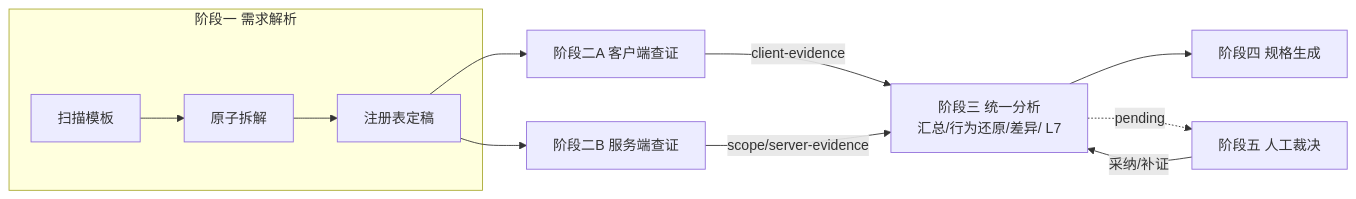
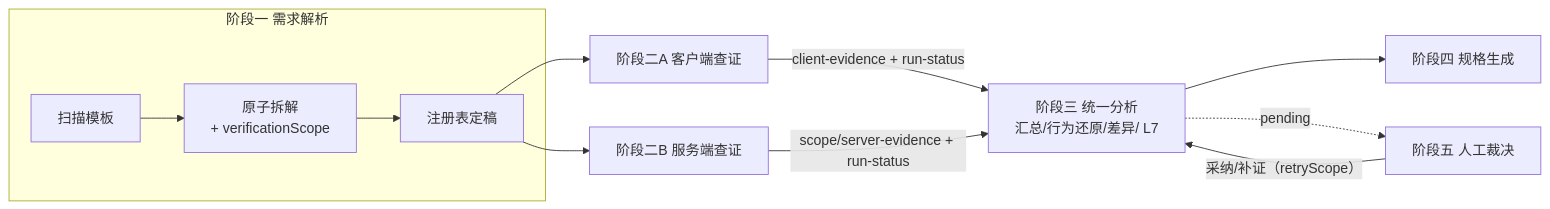
One commit to mickorz/PrdGameSkill changed the diagram in dev-docs/planning/2026-11-17-game-requirement-audit-执行文档.md. Above: the diagram before and after it, drawn with Mermaid. The commit also changed other lines of this file, not shown here.

Commit message:
docs: 执行文档头部 v2 评审修订——P0 四项（conflict 证据域/双端 run-status pending/verificationScope/rejected 回退基线）+ P1 契约字段落位（源码版本追溯/端级补证 retryScope/增量重算）

````diff
--- a/dev-docs/planning/2026-11-17-game-requirement-audit-执行文档.md
+++ b/dev-docs/planning/2026-11-17-game-requirement-audit-执行文档.md
@@ -31,12 +37,12 @@
 ```mermaid
 flowchart LR
     subgraph P1[阶段一 需求解析]
-      S1[扫描模板] --> S2[原子拆解] --> S3[注册表定稿]
+      S1[扫描模板] --> S2[原子拆解<br/>+ verificationScope] --> S3[注册表定稿]
     end
     S3 --> CA[阶段二A 客户端查证] & CB[阶段二B 服务端查证]
-    CA -- client-evidence --> S6[阶段三 统一分析<br/>汇总/行为还原/差异/ L7]
-    CB -- scope/server-evidence --> S6
+    CA -- client-evidence + run-status --> S6[阶段三 统一分析<br/>汇总/行为还原/差异/ L7]
+    CB -- scope/server-evidence + run-status --> S6
     S6 --> S10[阶段四 规格生成]
     S6 -. pending .-> S11[阶段五 人工裁决]
-    S11 -- 采纳/补证 --> S6
+    S11 -- 采纳/补证（retryScope） --> S6
 ```
````
